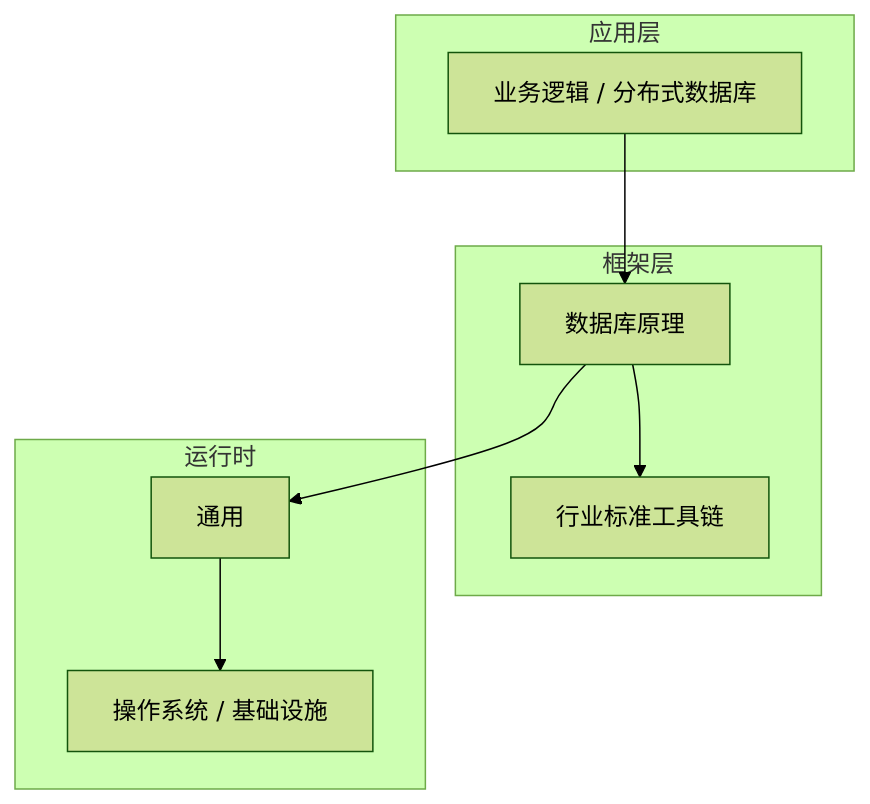
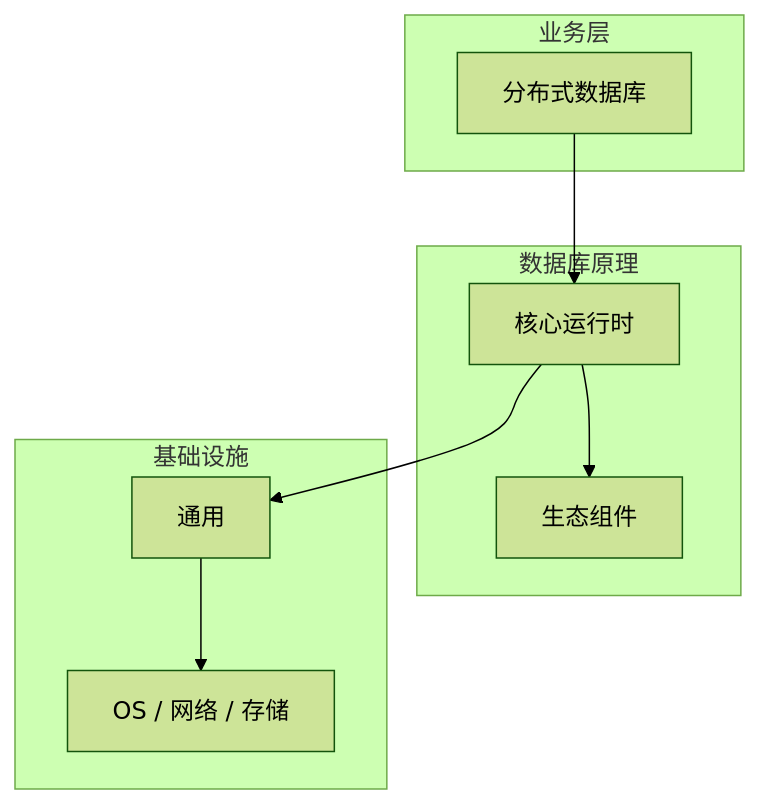
Before and after one commit to yanggan2015/knowledge-json-v2: the diagram in articles/数据库原理/chapters/093-分布式数据库核心概念与原理.md, drawn with Mermaid (forest theme). The commit also changed other lines of this file and 10127 other files, not shown here.

````diff
--- a/articles/数据库原理/chapters/093-分布式数据库核心概念与原理.md
+++ b/articles/数据库原理/chapters/093-分布式数据库核心概念与原理.md
@@ -45,18 +34,18 @@
 ```mermaid
 graph TB
-    subgraph 应用层
-        A[业务逻辑 / 分布式数据库]
+    subgraph 业务层
+        A[分布式数据库]
     end
-    subgraph 框架层
-        B[数据库原理]
-        C[行业标准工具链]
+    subgraph 数据库原理
+        B[核心运行时]
+        C[生态组件]
     end
-    subgraph 运行时
+    subgraph 基础设施
         D[通用]
-        E[操作系统 / 基础设施]
+        E[OS / 网络 / 存储]
     end
     A --> B
     B --> C
     B --> D
     D --> E
 ```
````
